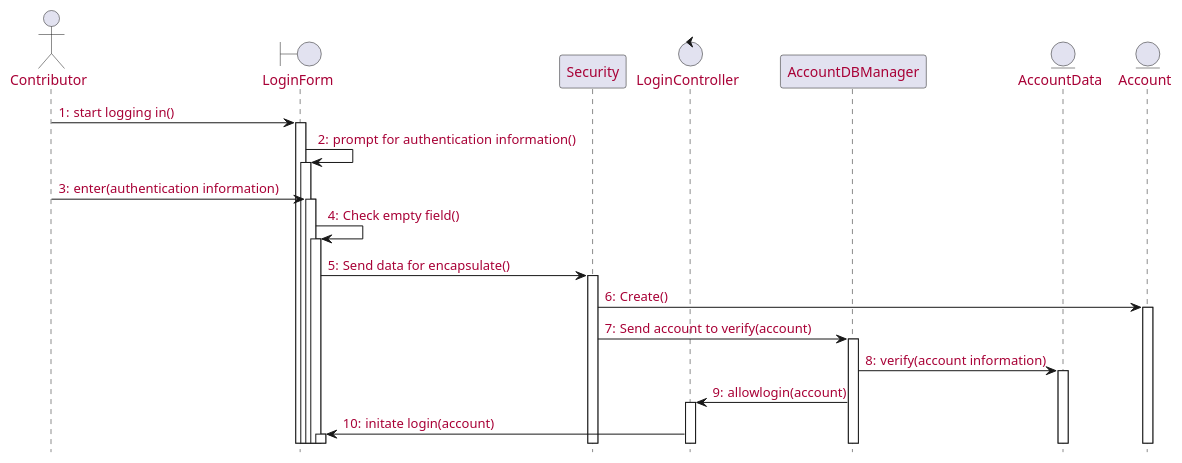
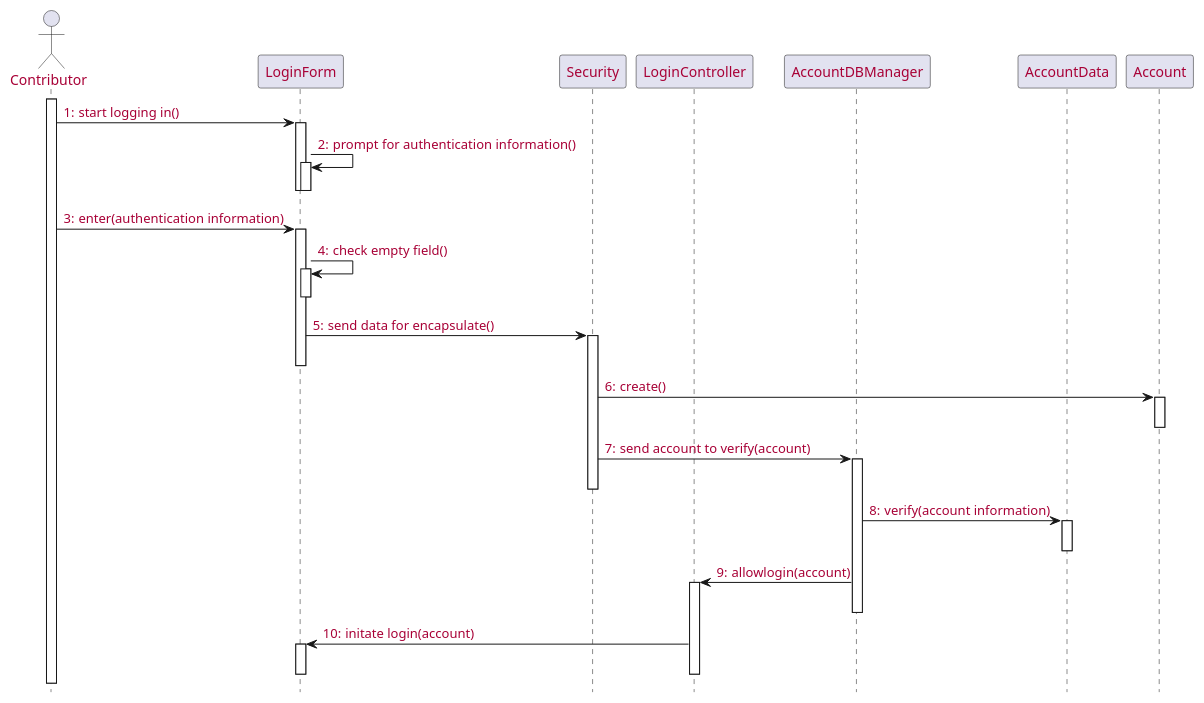
The first of 6 diagrams in source/solution/use-case-design.rst (McSinyx/ipppi), drawn with PlantUML before and after one commit. The commit also changed other lines of this file, not shown here.

```diff
--- a/source/solution/use-case-design.rst
+++ b/source/solution/use-case-design.rst
@@ -19,25 +19,36 @@
 .. uml::
 
    skinparam defaultFontColor #a80036
    autonumber "#:"
    autoactivate on
    hide footbox
 
    actor Contributor
-   boundary LoginForm
+   participant LoginForm
    participant Security as S
-   control LoginController
+   participant LoginController
    participant AccountDBManager as D
-   entity AccountData
-   entity Account
+   participant AccountData
+   participant Account
 
+   activate Contributor
    Contributor -> LoginForm: start logging in()
    LoginForm -> LoginForm: prompt for authentication information()
+   deactivate LoginForm
+   deactivate LoginForm
    Contributor -> LoginForm: enter(authentication information)   
-   LoginForm -> LoginForm: Check empty field()
-   LoginForm -> S: Send data for encapsulate()
-   S -> Account: Create()
-   S -> D: Send account to verify(account)
+   LoginForm -> LoginForm: check empty field()
+   deactivate LoginForm
+   LoginForm -> S: send data for encapsulate()
+   deactivate LoginForm
+   S -> Account: create()
+   deactivate Account
+   S -> D: send account to verify(account)
+   deactivate S
    D -> AccountData: verify(account information)
+   deactivate AccountData
    D -> LoginController: allowlogin(account)
-   LoginController -> LoginForm: initate login(account) 
+   deactivate D
+   LoginController -> LoginForm: initate login(account)
+   deactivate LoginController
+   deactivate LoginForm
```
